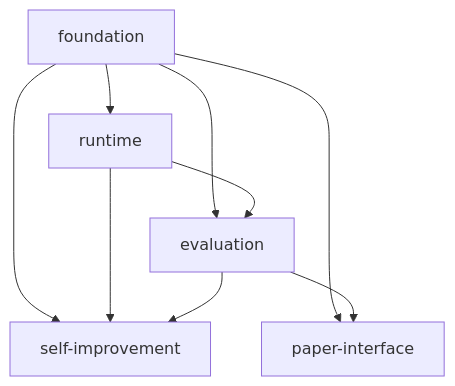
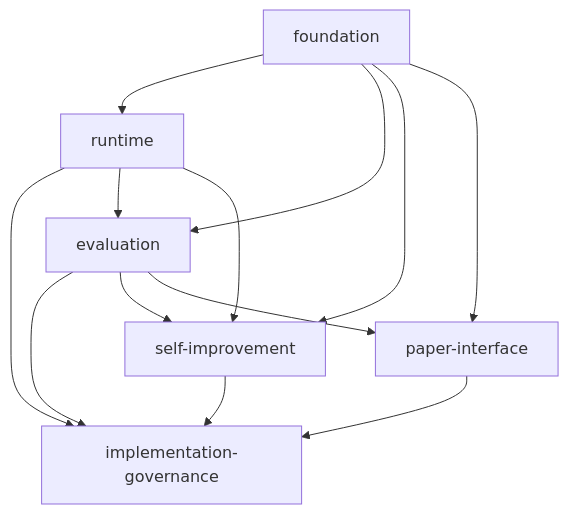
The diagram in dual-reviewer-rebuild/docs/alignment/phase-and-feature-dependency-map.md (kenoogl/Rwiki-dev), drawn with Mermaid before and after one commit. The commit also changed other lines of this file and 21 other files, not shown here.

Commit message:
Add implementation governance and fix review findings

````diff
--- a/dual-reviewer-rebuild/docs/alignment/phase-and-feature-dependency-map.md
+++ b/dual-reviewer-rebuild/docs/alignment/phase-and-feature-dependency-map.md
@@ -70,13 +74,17 @@
 ```mermaid
 graph TD
     Foundation["foundation"] --> Runtime["runtime"]
     Foundation --> Evaluation["evaluation"]
     Foundation --> SelfImprove["self-improvement"]
     Foundation --> Paper["paper-interface"]
+    Runtime --> Governance["implementation-governance"]
+    Evaluation --> Governance
+    SelfImprove --> Governance
+    Paper --> Governance
 
     Runtime --> Evaluation
     Runtime --> SelfImprove
 
     Evaluation --> SelfImprove
     Evaluation --> Paper
 ```
````
